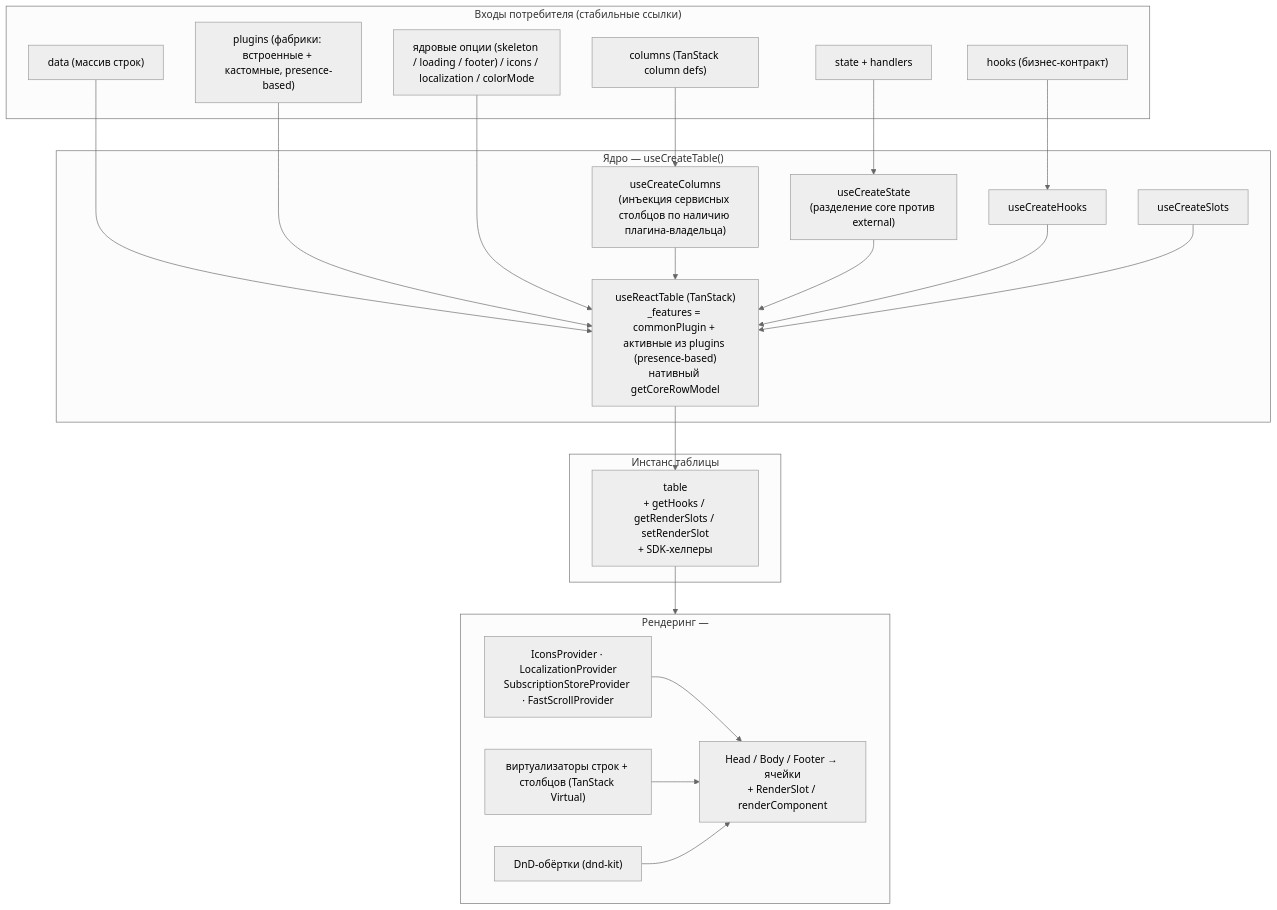
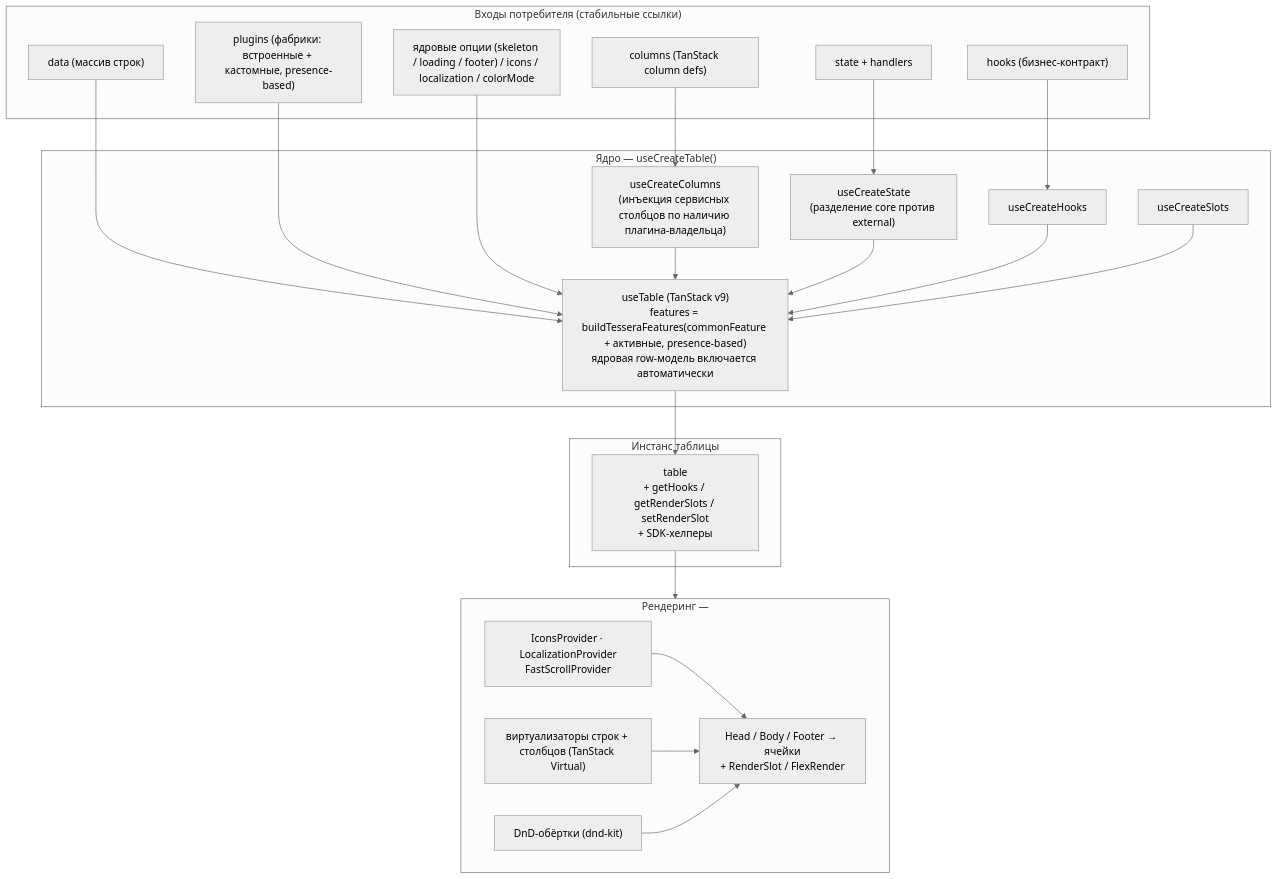
One commit to tessera-grid/tessera changed the diagram in docs/architecture/README.md. Above: the diagram before and after it, drawn with Mermaid (neutral theme). The commit also changed other lines of this file and 9 other files, not shown here.

First line of the commit message:
docs: синхронизация документации под TanStack Table v9

````diff
--- a/docs/architecture/README.md
+++ b/docs/architecture/README.md
@@ -75,46 +77,46 @@
 ```mermaid
 flowchart TB
     subgraph consumer["Входы потребителя (стабильные ссылки)"]
         COLS["columns (TanStack column defs)"]
         DATA["data (массив строк)"]
         STATE["state + handlers"]
         HOOKS["hooks (бизнес-контракт)"]
         PLUGINS["plugins (фабрики: встроенные + кастомные, presence-based)"]
         OPTS["ядровые опции (skeleton / loading / footer) / icons / localization / colorMode"]
     end
 
     subgraph core["Ядро — useCreateTable()"]
         CC["useCreateColumns<br/>(инъекция сервисных столбцов по наличию плагина-владельца)"]
         CS["useCreateState<br/>(разделение core против external)"]
         CH["useCreateHooks"]
         CSL["useCreateSlots"]
-        RT["useReactTable (TanStack)<br/>_features = commonPlugin + активные из plugins (presence-based)<br/>нативный getCoreRowModel"]
+        RT["useTable (TanStack v9)<br/>features = buildTesseraFeatures(commonFeature + активные, presence-based)<br/>ядровая row-модель включается автоматически"]
     end
 
     subgraph inst["Инстанс таблицы"]
         TI["table<br/>+ getHooks / getRenderSlots / setRenderSlot<br/>+ SDK-хелперы"]
     end
 
     subgraph render["Рендеринг — <DataGrid/>"]
-        PROV["IconsProvider · LocalizationProvider<br/>SubscriptionStoreProvider · FastScrollProvider"]
+        PROV["IconsProvider · LocalizationProvider<br/>FastScrollProvider"]
         VIRT["виртуализаторы строк + столбцов (TanStack Virtual)"]
         DND["DnD-обёртки (dnd-kit)"]
-        UI["Head / Body / Footer → ячейки<br/>+ RenderSlot / renderComponent"]
+        UI["Head / Body / Footer → ячейки<br/>+ RenderSlot / FlexRender"]
     end
 
     COLS --> CC
     DATA --> RT
     STATE --> CS
     HOOKS --> CH
     PLUGINS --> RT
     OPTS --> RT
     CC --> RT
     CS --> RT
     CH --> RT
     CSL --> RT
     RT --> TI
     TI --> render
     PROV --> UI
     VIRT --> UI
     DND --> UI
 ```
````
